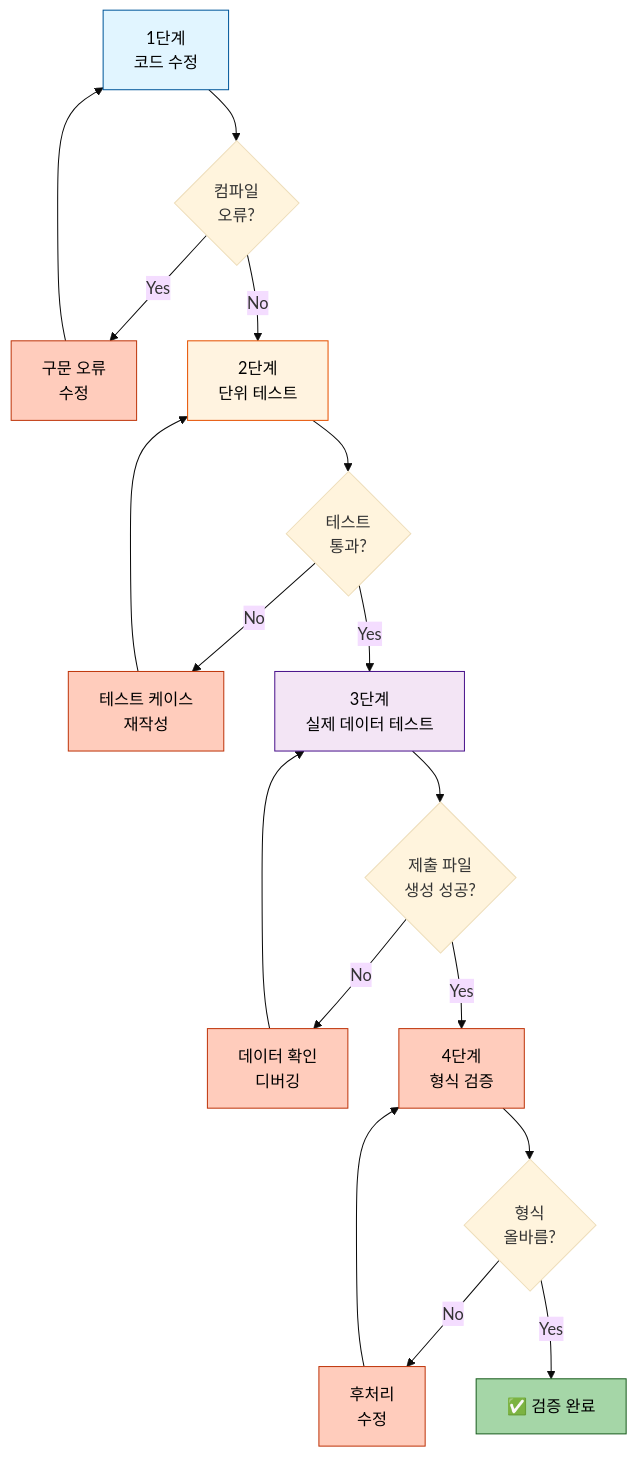
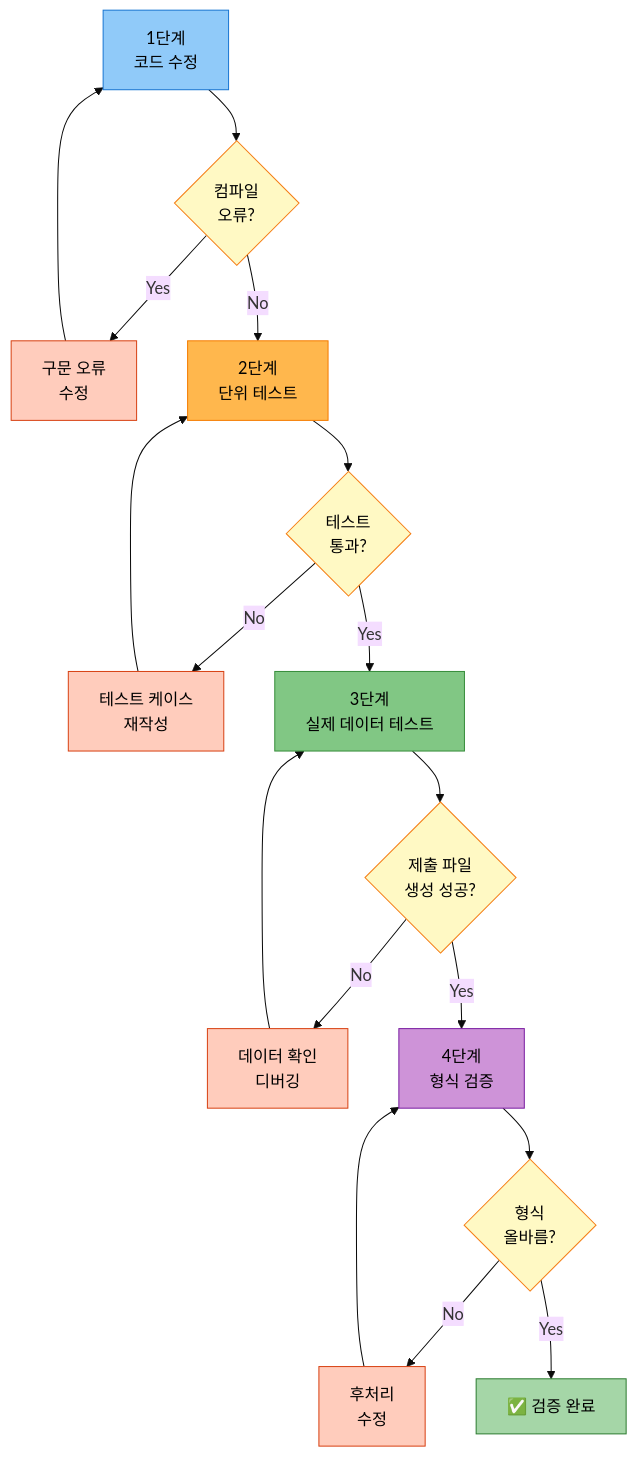
One commit to AIBootcamp14/naturallanguageprocessingcompetition-nlp-1 changed diagram 15 of 15 in docs/experiments/20251013_111525_strategy1_kobart_optimized_실험분석.md. Above: the diagram before and after it, drawn with Mermaid (base theme). The commit also changed other lines of this file, not shown here.

Commit message:
fix: 실험 분석 문서 mermaid 스타일 수정   - 모든 mermaid 다이어그램을 개별 노드 스타일 형식으로 변경   - subgraph 스타일 제거, 개별 노드별 색상 적용   - 20251012 문서 스타일 형식에 맞춰 통일   - experiments_style.md의 모든 예시 코드도 동일하게 수정

````diff
--- a/docs/experiments/20251013_111525_strategy1_kobart_optimized_실험분석.md
+++ b/docs/experiments/20251013_111525_strategy1_kobart_optimized_실험분석.md
@@ -1228,32 +1234,36 @@
 ```mermaid
 graph TB
     A[1단계<br/>코드 수정] --> B{컴파일<br/>오류?}
     B -->|Yes| A1[구문 오류<br/>수정]
     B -->|No| C[2단계<br/>단위 테스트]
     A1 --> A
 
     C --> D{테스트<br/>통과?}
     D -->|No| C1[테스트 케이스<br/>재작성]
     D -->|Yes| E[3단계<br/>실제 데이터 테스트]
     C1 --> C
 
     E --> F{제출 파일<br/>생성 성공?}
     F -->|No| E1[데이터 확인<br/>디버깅]
     F -->|Yes| G[4단계<br/>형식 검증]
     E1 --> E
 
     G --> H{형식<br/>올바름?}
     H -->|No| G1[후처리<br/>수정]
     H -->|Yes| I[✅ 검증 완료]
     G1 --> G
 
-    style A fill:#e1f5ff,stroke:#01579b,color:#000
-    style C fill:#fff3e0,stroke:#e65100,color:#000
-    style E fill:#f3e5f5,stroke:#4a148c,color:#000
-    style G fill:#ffccbc,stroke:#bf360c,color:#000
-    style I fill:#a5d6a7,stroke:#1b5e20,color:#000
-    style A1 fill:#ffccbc,stroke:#bf360c,color:#000
-    style C1 fill:#ffccbc,stroke:#bf360c,color:#000
-    style E1 fill:#ffccbc,stroke:#bf360c,color:#000
-    style G1 fill:#ffccbc,stroke:#bf360c,color:#000
+    style A fill:#90caf9,stroke:#1976d2,color:#000
+    style B fill:#fff9c4,stroke:#f57f17,color:#000
+    style C fill:#ffb74d,stroke:#f57c00,color:#000
+    style D fill:#fff9c4,stroke:#f57f17,color:#000
+    style E fill:#81c784,stroke:#388e3c,color:#000
+    style F fill:#fff9c4,stroke:#f57f17,color:#000
+    style G fill:#ce93d8,stroke:#7b1fa2,color:#000
+    style H fill:#fff9c4,stroke:#f57f17,color:#000
+    style I fill:#a5d6a7,stroke:#2e7d32,color:#000
+    style A1 fill:#ffccbc,stroke:#d84315,color:#000
+    style C1 fill:#ffccbc,stroke:#d84315,color:#000
+    style E1 fill:#ffccbc,stroke:#d84315,color:#000
+    style G1 fill:#ffccbc,stroke:#d84315,color:#000
 ```
````
